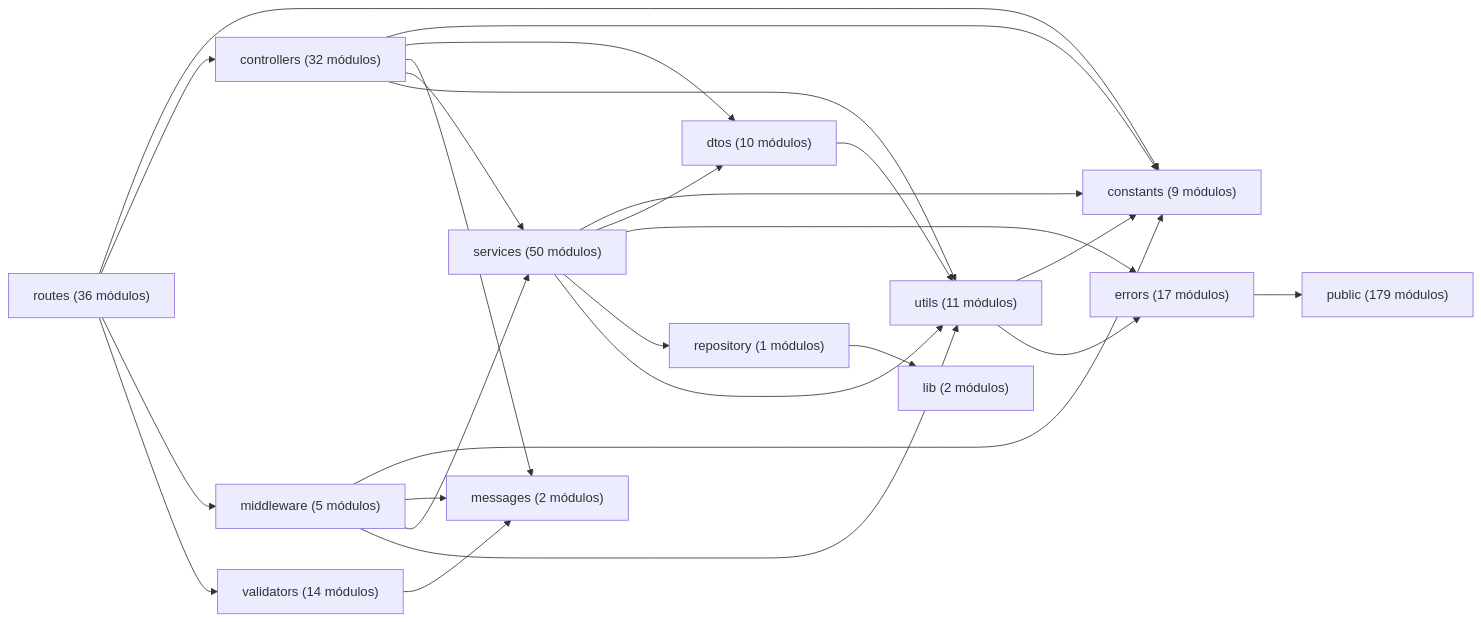
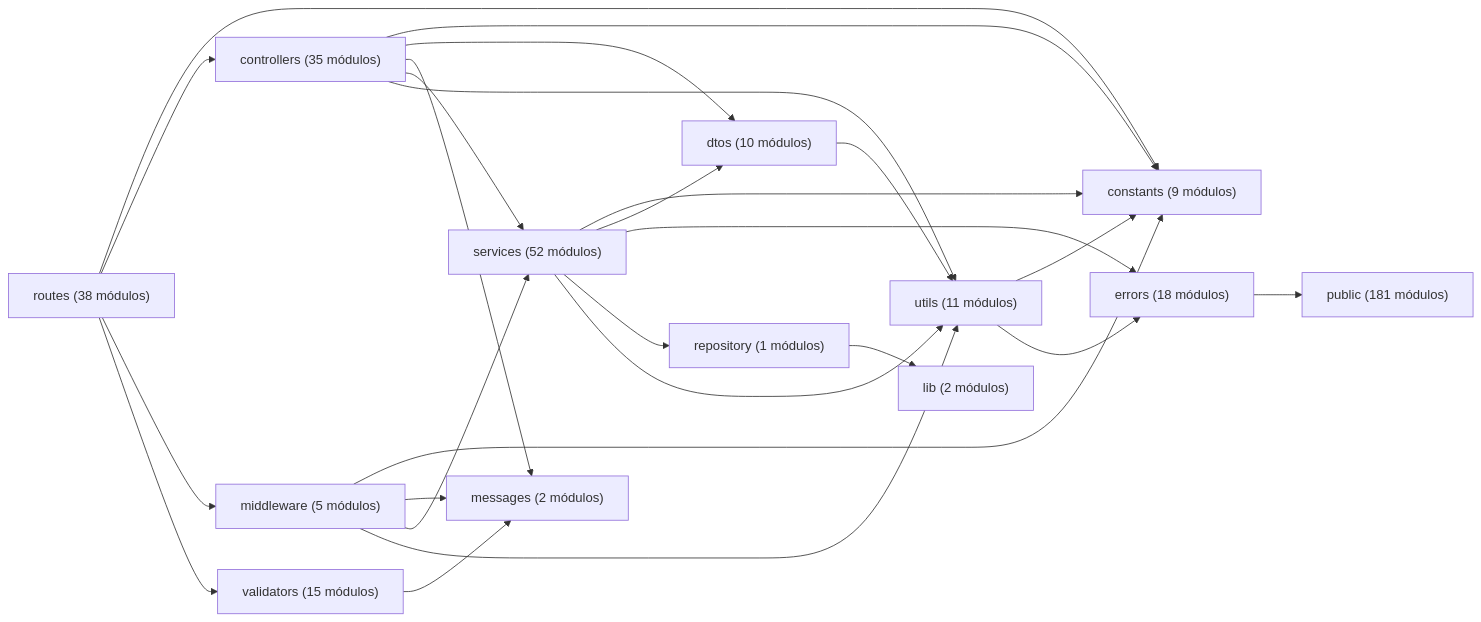
One commit to gpgsistemas01/nexus changed the diagram in docs/generated/code-map.md. Above: the diagram before and after it, drawn with Mermaid. The commit also changed other lines of this file and 45 other files, not shown here.

````diff
--- a/docs/generated/code-map.md
+++ b/docs/generated/code-map.md
@@ -15,27 +15,27 @@
 ```mermaid
 flowchart LR
-    controllers["controllers (32 módulos)"] --> constants["constants (9 módulos)"]
-    controllers["controllers (32 módulos)"] --> dtos["dtos (10 módulos)"]
-    controllers["controllers (32 módulos)"] --> messages["messages (2 módulos)"]
-    controllers["controllers (32 módulos)"] --> services["services (50 módulos)"]
-    controllers["controllers (32 módulos)"] --> utils["utils (11 módulos)"]
+    controllers["controllers (35 módulos)"] --> constants["constants (9 módulos)"]
+    controllers["controllers (35 módulos)"] --> dtos["dtos (10 módulos)"]
+    controllers["controllers (35 módulos)"] --> messages["messages (2 módulos)"]
+    controllers["controllers (35 módulos)"] --> services["services (52 módulos)"]
+    controllers["controllers (35 módulos)"] --> utils["utils (11 módulos)"]
     dtos["dtos (10 módulos)"] --> utils["utils (11 módulos)"]
-    errors["errors (17 módulos)"] --> public["public (179 módulos)"]
+    errors["errors (18 módulos)"] --> public["public (181 módulos)"]
     middleware["middleware (5 módulos)"] --> constants["constants (9 módulos)"]
     middleware["middleware (5 módulos)"] --> messages["messages (2 módulos)"]
-    middleware["middleware (5 módulos)"] --> services["services (50 módulos)"]
+    middleware["middleware (5 módulos)"] --> services["services (52 módulos)"]
     middleware["middleware (5 módulos)"] --> utils["utils (11 módulos)"]
     repository["repository (1 módulos)"] --> lib["lib (2 módulos)"]
-    routes["routes (36 módulos)"] --> constants["constants (9 módulos)"]
-    routes["routes (36 módulos)"] --> controllers["controllers (32 módulos)"]
-    routes["routes (36 módulos)"] --> middleware["middleware (5 módulos)"]
-    routes["routes (36 módulos)"] --> validators["validators (14 módulos)"]
-    services["services (50 módulos)"] --> constants["constants (9 módulos)"]
-    services["services (50 módulos)"] --> dtos["dtos (10 módulos)"]
-    services["services (50 módulos)"] --> errors["errors (17 módulos)"]
-    services["services (50 módulos)"] --> repository["repository (1 módulos)"]
-    services["services (50 módulos)"] --> utils["utils (11 módulos)"]
+    routes["routes (38 módulos)"] --> constants["constants (9 módulos)"]
+    routes["routes (38 módulos)"] --> controllers["controllers (35 módulos)"]
+    routes["routes (38 módulos)"] --> middleware["middleware (5 módulos)"]
+    routes["routes (38 módulos)"] --> validators["validators (15 módulos)"]
+    services["services (52 módulos)"] --> constants["constants (9 módulos)"]
+    services["services (52 módulos)"] --> dtos["dtos (10 módulos)"]
+    services["services (52 módulos)"] --> errors["errors (18 módulos)"]
+    services["services (52 módulos)"] --> repository["repository (1 módulos)"]
+    services["services (52 módulos)"] --> utils["utils (11 módulos)"]
     utils["utils (11 módulos)"] --> constants["constants (9 módulos)"]
-    utils["utils (11 módulos)"] --> errors["errors (17 módulos)"]
-    validators["validators (14 módulos)"] --> messages["messages (2 módulos)"]
+    utils["utils (11 módulos)"] --> errors["errors (18 módulos)"]
+    validators["validators (15 módulos)"] --> messages["messages (2 módulos)"]
 ```
````
